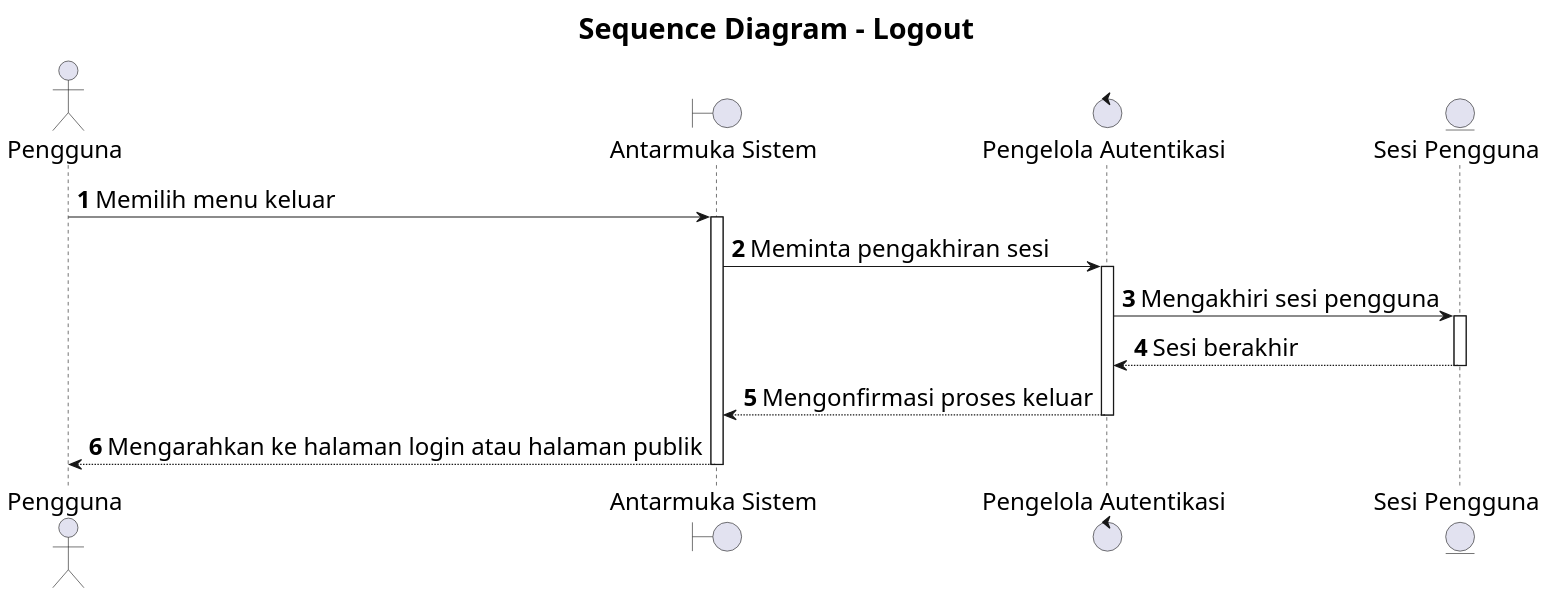
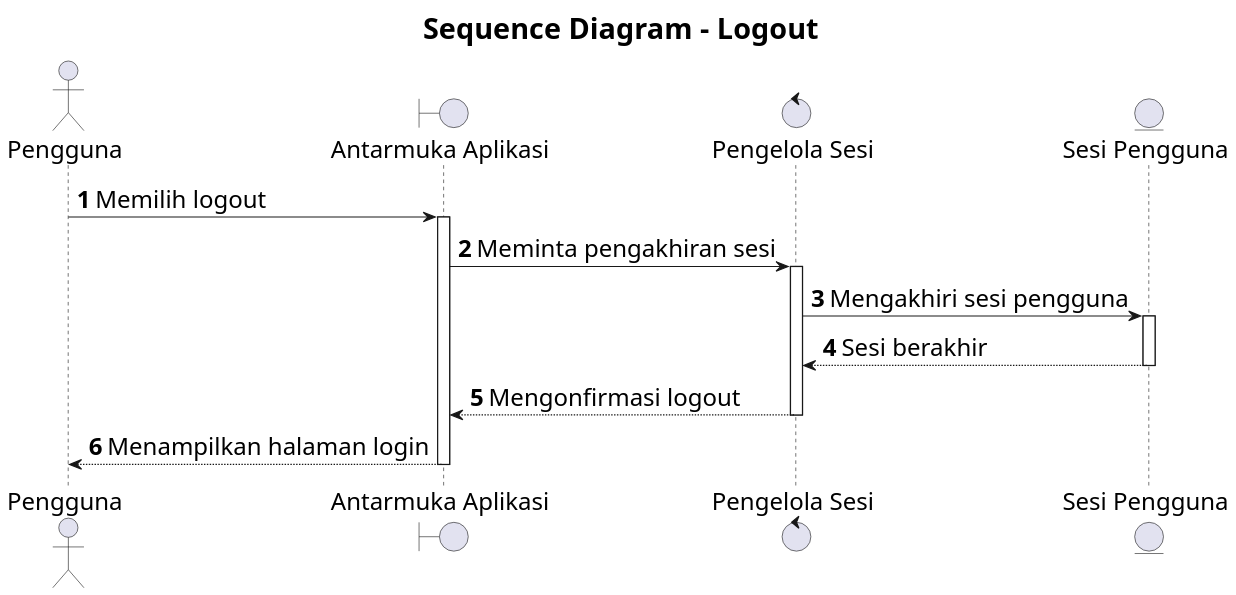
Before and after one commit to howlil/sop-generate-app: the diagram in docs/sequence/lampiran/seluruh-pengguna-logout.md, drawn with PlantUML. The commit also changed other lines of this file and 20 other files, not shown here.

Commit message:
docs(sequence): simplify interaction detail across use cases

````diff
--- a/docs/sequence/lampiran/seluruh-pengguna-logout.md
+++ b/docs/sequence/lampiran/seluruh-pengguna-logout.md
@@ -16,24 +16,24 @@
 ```plantuml
 @startuml
 skinparam defaultFontSize 20
 skinparam titleFontSize 24
 skinparam dpi 160
 
 title Sequence Diagram - Logout
 autonumber
 autoactivate on
 
 actor "Pengguna" as A
-boundary "Antarmuka Sistem" as B
-control "Pengelola Autentikasi" as C
+boundary "Antarmuka Aplikasi" as B
+control "Pengelola Sesi" as C
 entity "Sesi Pengguna" as D
 
-A -> B : Memilih menu keluar
+A -> B : Memilih logout
 B -> C : Meminta pengakhiran sesi
 C -> D : Mengakhiri sesi pengguna
 D --> C : Sesi berakhir
-C --> B : Mengonfirmasi proses keluar
-B --> A : Mengarahkan ke halaman login atau halaman publik
+C --> B : Mengonfirmasi logout
+B --> A : Menampilkan halaman login
 
 @enduml
 ```
````
